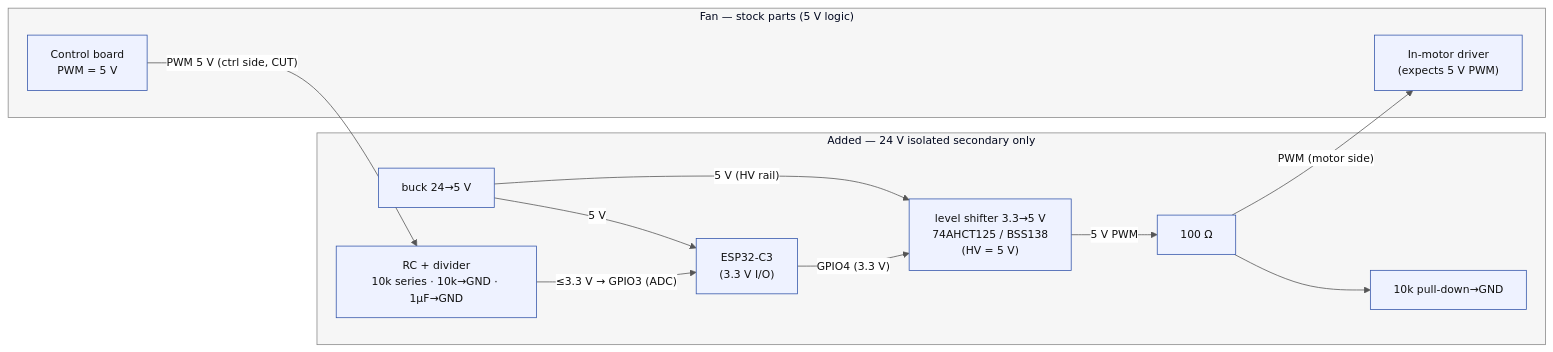
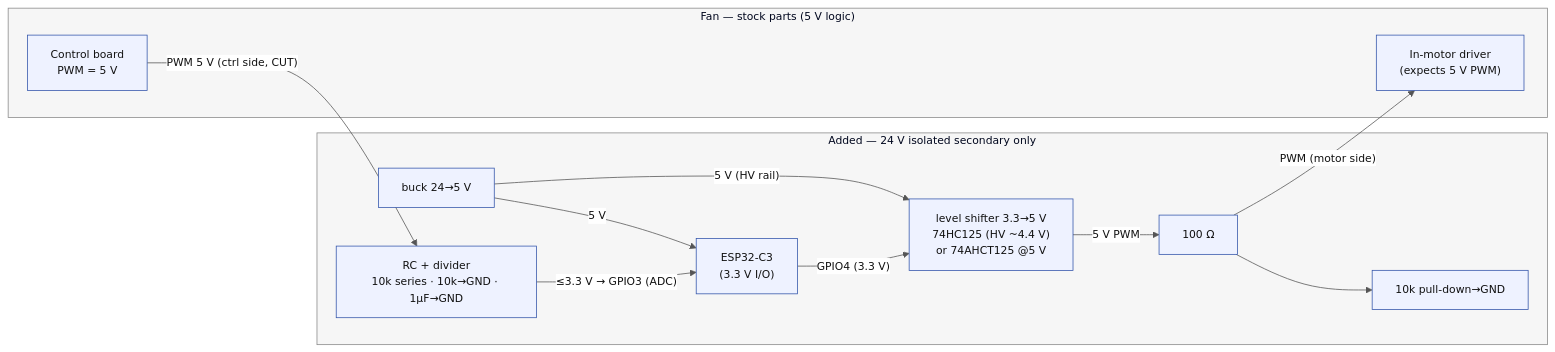
Before and after one commit to smailzhu/heran-fan-ha-mod: the second of 2 diagrams in BUILD_GUIDE.md, drawn with Mermaid. The commit also changed other lines of this file, not shown here.

Commit message:
Fix BUILD_GUIDE §2e ASCII/net-list errors: 74AHCT125->74HC125 (real part), correct unused-gate wiring (OE=1/4/10/13 to +5V, inputs 5/9/12 to GND; was wrongly labeled 2A/3A/4A), buck ~4.4V, align §2d/§2f/BOM/mermaid

````diff
--- a/BUILD_GUIDE.md
+++ b/BUILD_GUIDE.md
@@ -208,31 +208,31 @@
 ```mermaid
 %%{init: {"theme":"base","themeVariables":{
   "fontSize":"14px",
   "primaryColor":"#eef2ff","primaryTextColor":"#111111","primaryBorderColor":"#3355aa",
   "secondaryColor":"#e8f5e9","tertiaryColor":"#fff8e1",
   "lineColor":"#555555","textColor":"#111111",
   "clusterBkg":"#f6f6f6","clusterBorder":"#888888",
   "edgeLabelBackground":"#ffffff"
 }}}%%
 flowchart LR
     subgraph FAN["Fan — stock parts (5 V logic)"]
         CTRL["Control board<br/>PWM = 5 V"]
         DRV["In-motor driver<br/>(expects 5 V PWM)"]
     end
     subgraph MOD["Added — 24 V isolated secondary only"]
         BUCK["buck 24&rarr;5 V"]
         ESP["ESP32-C3<br/>(3.3 V I/O)"]
         DIV["RC + divider<br/>10k series · 10k&rarr;GND · 1µF&rarr;GND"]
-        LS["level shifter 3.3&rarr;5 V<br/>74AHCT125 / BSS138<br/>(HV = 5 V)"]
+        LS["level shifter 3.3&rarr;5 V<br/>74HC125 (HV ~4.4 V)<br/>or 74AHCT125 @5 V"]
         R100["100 Ω"]
         PD["10k pull-down&rarr;GND"]
     end
     BUCK -->|"5 V"| ESP
     BUCK -->|"5 V (HV rail)"| LS
     CTRL -->|"PWM 5 V (ctrl side, CUT)"| DIV
     DIV -->|"&le;3.3 V &rarr; GPIO3 (ADC)"| ESP
     ESP -->|"GPIO4 (3.3 V)"| LS
     LS -->|"5 V PWM"| R100
     R100 -->|"PWM (motor side)"| DRV
     R100 --> PD
 ```
````
